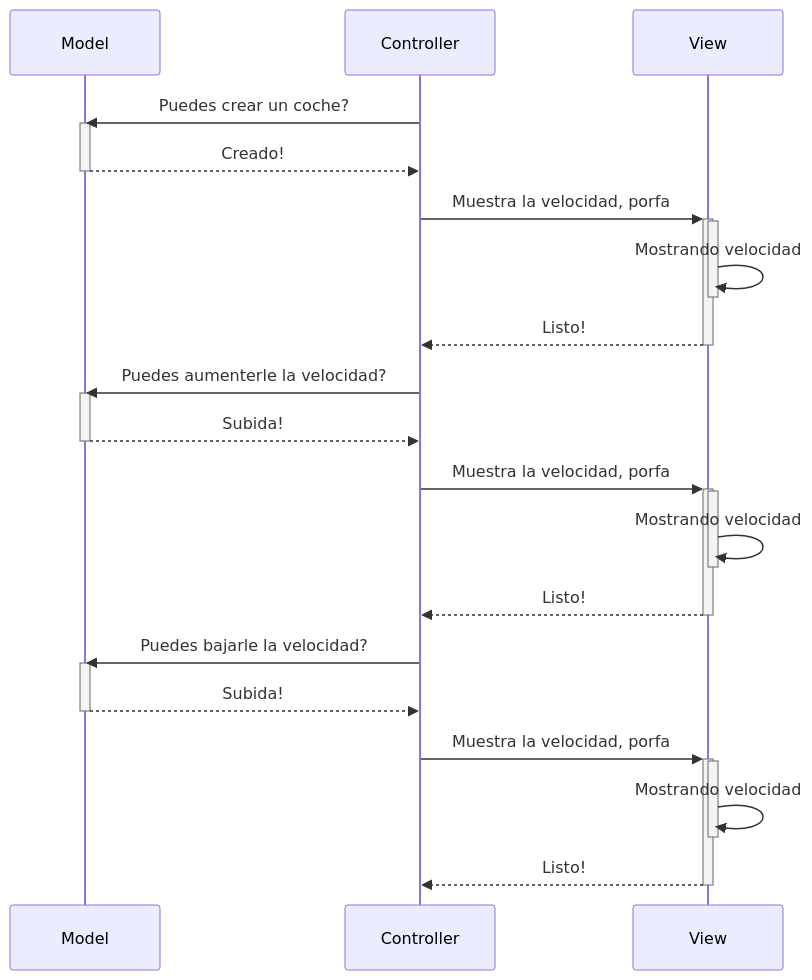
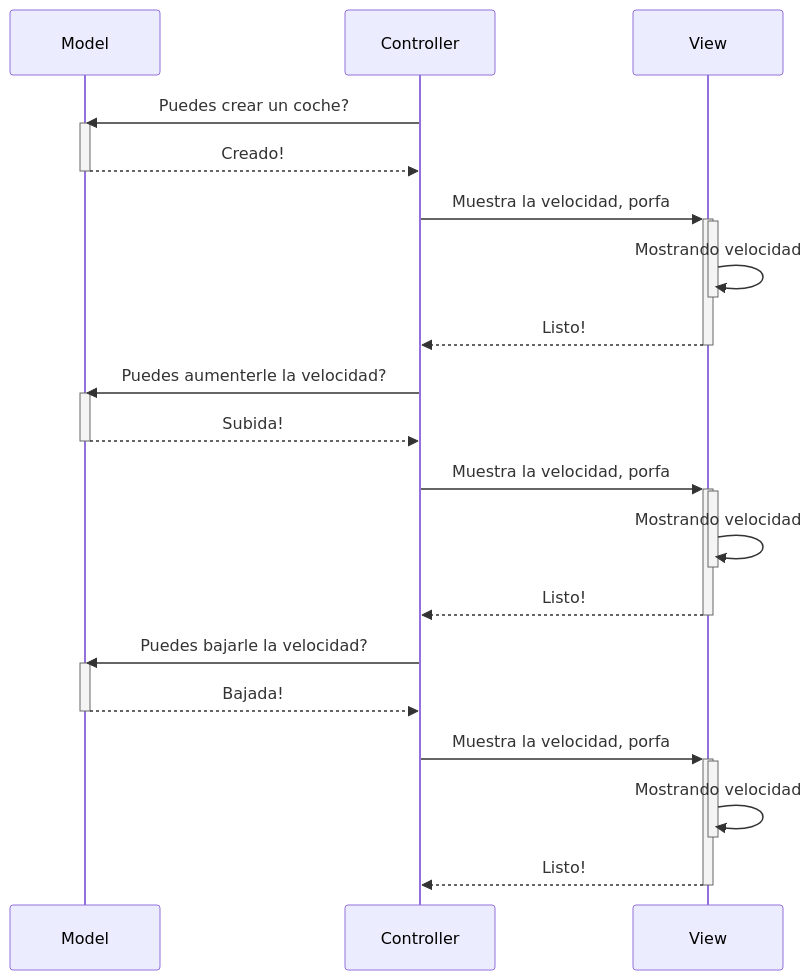
One commit to damiancastelao/MVC_coches_solucion changed the second of 3 diagrams in Readme.md. Above: the diagram before and after it, drawn with Mermaid.

Commit message:
Arreglo commit

````diff
--- a/Readme.md
+++ b/Readme.md
@@ -41,33 +41,33 @@
 ```mermaid
 sequenceDiagram
     participant Model
     participant Controller
     participant View
     Controller->>Model: Puedes crear un coche?
     activate Model
     Model-->>Controller: Creado!
     deactivate Model
     Controller->>+View: Muestra la velocidad, porfa
     activate View
     View->>-View: Mostrando velocidad
     View-->>Controller: Listo!
     deactivate View
     Controller->>Model: Puedes aumenterle la velocidad?
     activate Model
     Model-->>Controller: Subida!
     deactivate Model
     Controller->>+View: Muestra la velocidad, porfa
     activate View
     View->>-View: Mostrando velocidad
     View-->>Controller: Listo!
     deactivate View
     Controller->>Model: Puedes bajarle la velocidad?
     activate Model
-    Model-->>Controller: Subida!
+    Model-->>Controller: Bajada!
     deactivate Model
     Controller->>+View: Muestra la velocidad, porfa
     activate View
     View->>-View: Mostrando velocidad
     View-->>Controller: Listo!
     deactivate View
 ```
````
